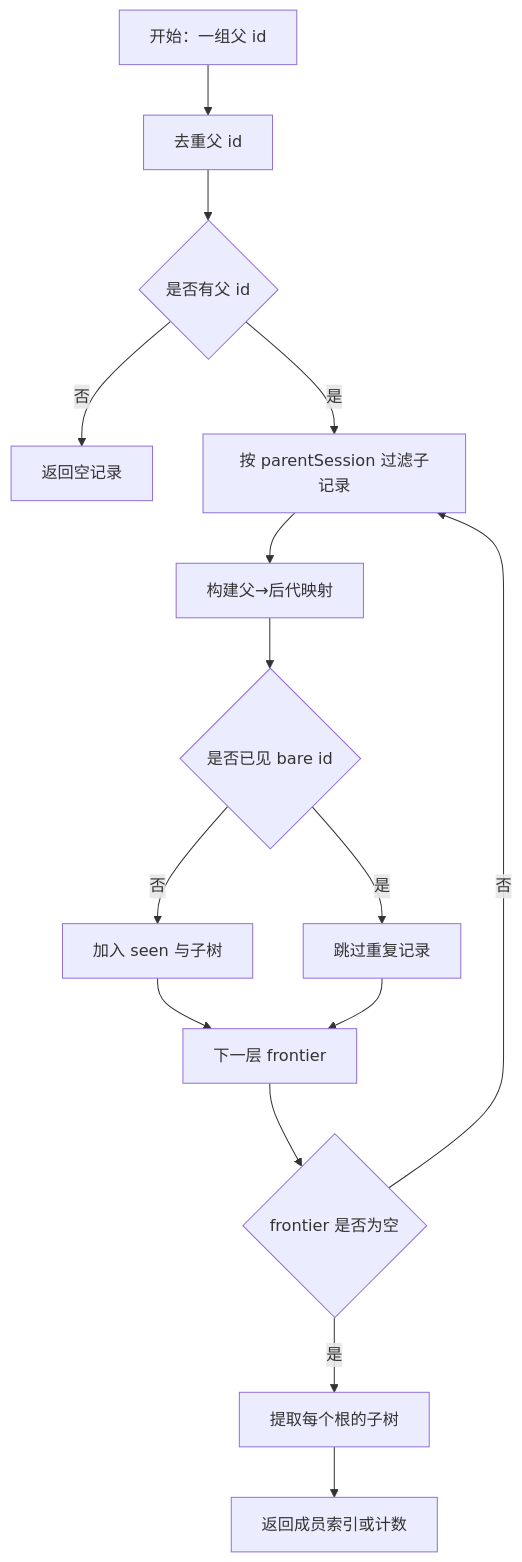
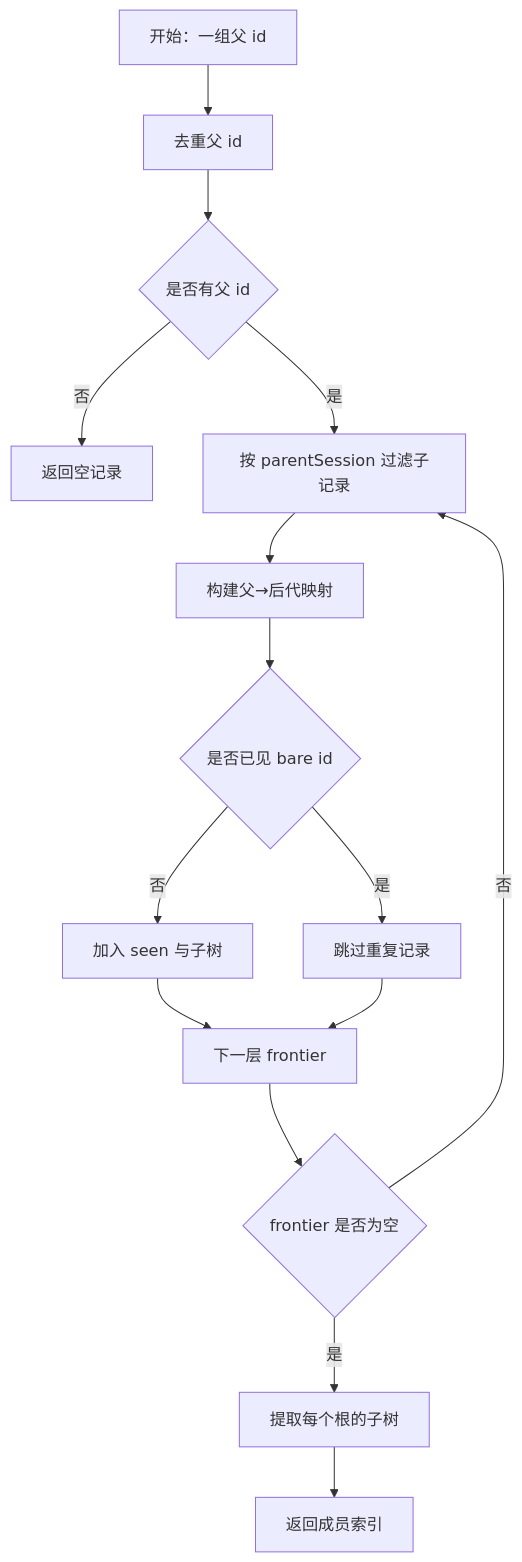
One commit to xrn1997/dsh-session-delete changed the third of 6 diagrams in .qoder/repowiki/zh/content/端口适配与宿主集成.md. Above: the diagram before and after it, drawn with Mermaid. The commit also changed other lines of this file and 36 other files, not shown here.

````diff
--- a/.qoder/repowiki/zh/content/端口适配与宿主集成.md
+++ b/.qoder/repowiki/zh/content/端口适配与宿主集成.md
@@ -210,17 +291,17 @@
 ```mermaid
 flowchart TD
   Start["开始：一组父 id"] --> Dedup["去重父 id"]
   Dedup --> Empty{"是否有父 id"}
   Empty -->|否| ReturnEmpty["返回空记录"]
   Empty -->|是| Query["按 parentSession 过滤子记录"]
   Query --> BuildMap["构建父→后代映射"]
   BuildMap --> Seen{"是否已见 bare id"}
   Seen -->|是| Skip["跳过重复记录"]
   Seen -->|否| Add["加入 seen 与子树"]
   Add --> NextLevel["下一层 frontier"]
   Skip --> NextLevel
   NextLevel --> More{"frontier 是否为空"}
   More -->|否| Query
   More -->|是| Subtree["提取每个根的子树"]
-  Subtree --> Result["返回成员索引或计数"]
+  Subtree --> Result["返回成员索引"]
 ```
````
